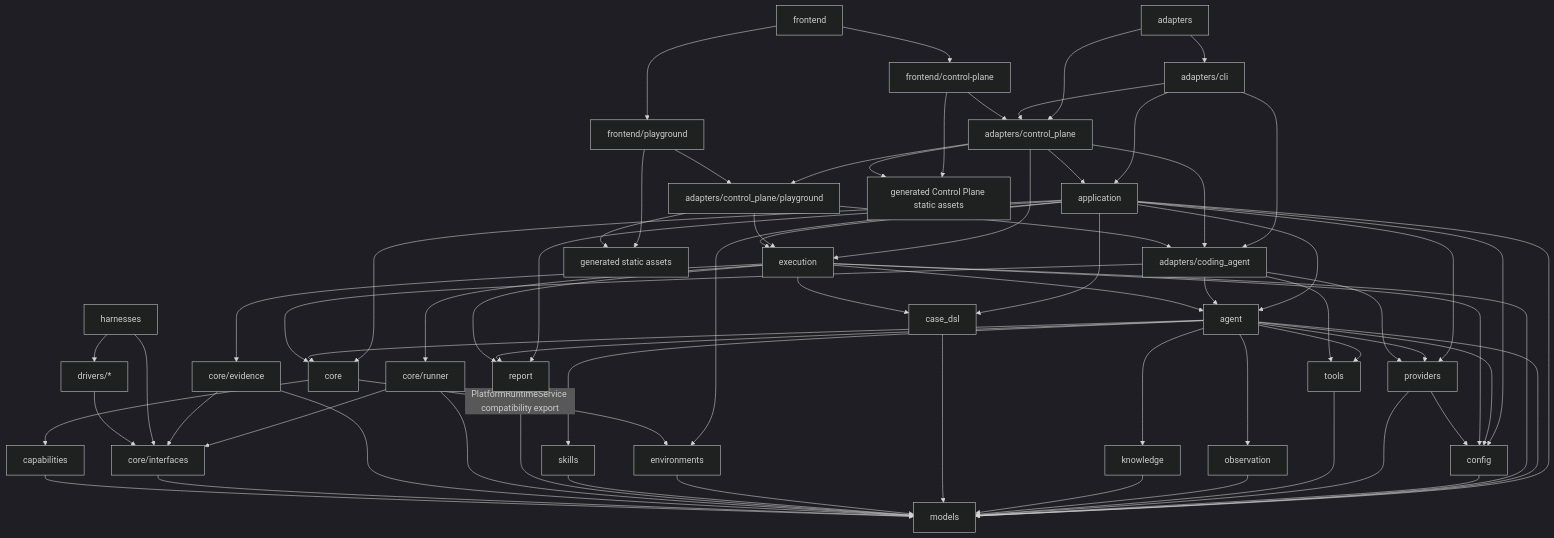
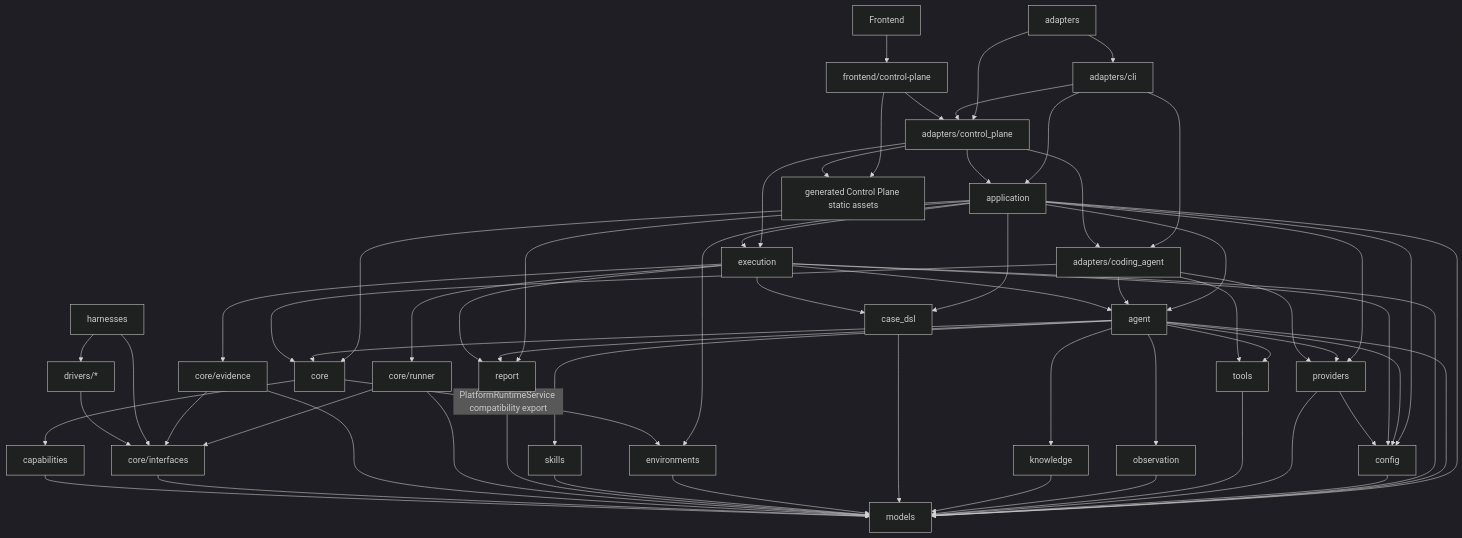
One commit to houlianpi/FSQ changed the diagram in SPEC.md. Above: the diagram before and after it, drawn with Mermaid (dark theme). The commit also changed other lines of this file and 39 other files, not shown here.

````diff
--- a/SPEC.md
+++ b/SPEC.md
@@ -169,72 +168,65 @@
 ```mermaid
 flowchart TD
     Adapters[adapters] --> CLI[adapters/cli]
     Adapters --> ControlPlane[adapters/control_plane]
     CLI --> Application[application]
     CLI --> ControlPlane
     ControlPlane --> Application
-    ControlPlane --> Playground[adapters/control_plane/playground]
     ControlPlane --> Execution[execution]
     CLI --> CodingAgent[adapters/coding_agent]
     ControlPlane --> CodingAgent
-    Playground --> Execution
-    Playground --> CodingAgent
     Application --> Agent[agent]
     Application --> Execution
     Application --> Core[core]
     Application --> CaseDSL[case_dsl]
     Application --> Environments[environments]
     Application --> Config[config]
     Application --> Providers[providers]
     Application --> Models[models]
     Application --> Report[report]
     Agent --> Core[core]
     Agent --> Config[config]
     Agent --> Providers[providers]
     Agent --> Models[models]
     Agent --> Tools[tools]
     Agent --> Observation[observation]
     Agent --> Knowledge[knowledge]
     Agent --> Skills[skills]
     Agent --> Report[report]
     CodingAgent --> Agent
     CodingAgent --> Providers
     CodingAgent --> Core
     CodingAgent --> Tools
     Execution --> Agent
     Execution --> CoreRunner[core/runner]
     Execution --> CoreEvidence[core/evidence]
     Execution --> CaseDSL
     Execution --> Config
     Execution --> Models
     Execution --> Report
     Config --> Models
     Providers --> Config
     Providers --> Models
     Tools --> Models
     Observation --> Models
     Knowledge --> Models
     CaseDSL --> Models
     Environments --> Models
     Skills --> Models
     Report --> Models
     CoreRunner --> CoreInterfaces[core/interfaces]
     CoreEvidence --> CoreInterfaces
     CoreRunner --> Models
     CoreEvidence --> Models
     CoreInterfaces --> Models
     Harnesses[harnesses] --> CoreInterfaces
     Harnesses --> Drivers[drivers/*]
     Drivers --> CoreInterfaces
     Capabilities[capabilities] --> Models
     Core --> Capabilities
     Core -->|PlatformRuntimeService compatibility export| Environments
-    Frontend[frontend] --> FrontendPlayground[frontend/playground]
     Frontend --> FrontendControlPlane[frontend/control-plane]
-    FrontendPlayground --> Playground
-    FrontendPlayground --> StaticAssets[generated static assets]
-    Playground --> StaticAssets
     FrontendControlPlane --> ControlPlane
     FrontendControlPlane --> ControlPlaneStatic[generated Control Plane static assets]
     ControlPlane --> ControlPlaneStatic
 ```
````
